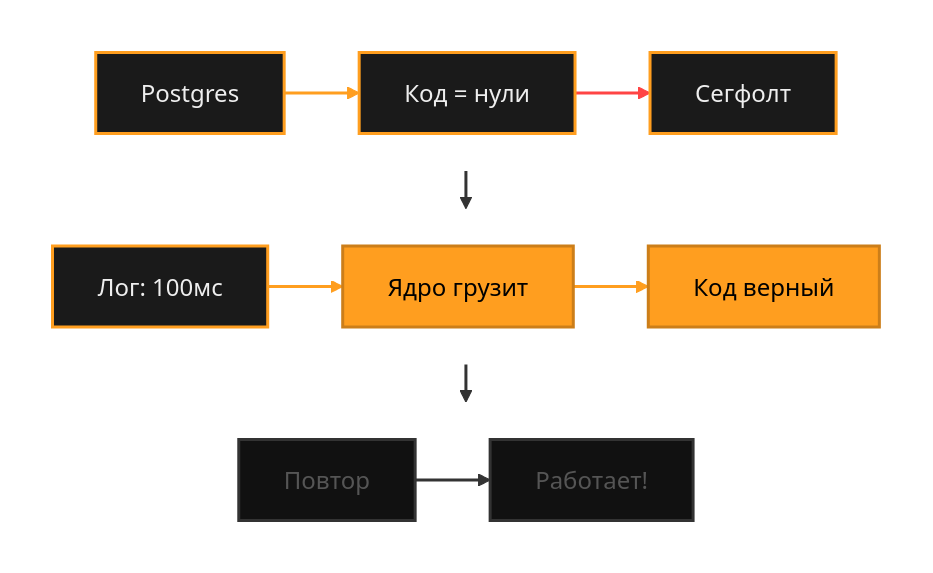
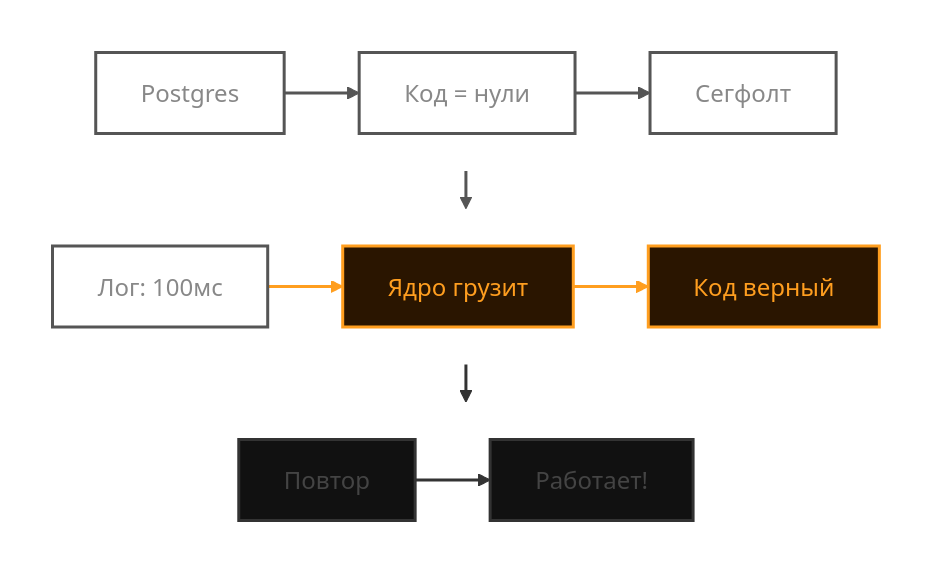
The diagram in docs/diagrams/resurrection-3.mmd (polarnik/postgresql-system-issue-story), drawn with Mermaid before and after one commit. The commit also changed 36 other files, not shown here.

```diff
--- a/docs/diagrams/resurrection-3.mmd
+++ b/docs/diagrams/resurrection-3.mmd
@@ -1,47 +1,47 @@
 %%{init: {'theme': 'base', 'themeVariables': { 'darkMode': true, 'background': '#000000', 'primaryColor': '#ff9e1f', 'primaryTextColor': '#fff', 'primaryBorderColor': '#cc7e19', 'secondaryColor': '#111111', 'secondaryTextColor': '#fff', 'tertiaryColor': '#111111', 'lineColor': '#ff9e1f', 'textColor': '#fff', 'mainBkg': '#111111', 'fontFamily': 'verdana'}, 'flowchart': { 'nodeSpacing': 30, 'rankSpacing': 25 }}}%%
 
 flowchart TB
-    classDef done fill:#1a1a1a,stroke:#ff9e1f,color:#eee,stroke-width:2px
-    classDef active fill:#ff9e1f,stroke:#cc7e19,color:#000,stroke-width:2px
-    classDef pending fill:#111111,stroke:#333,color:#555,stroke-width:2px
-    classDef error fill:#3a1010,stroke:#ff4444,color:#eee,stroke-width:2px
-    classDef success fill:#103a10,stroke:#44ff88,color:#eee,stroke-width:2px
+    classDef done fill:transparent,stroke:#555,color:#888,stroke-width:2px
+    classDef active fill:#2a1500,stroke:#ff9e1f,color:#ff9e1f,stroke-width:2px
+    classDef pending fill:#111,stroke:#333,color:#444,stroke-width:2px
+    classDef error fill:#3a1010,stroke:#ff4444,color:#ff4444,stroke-width:2px
+    classDef success fill:#103a10,stroke:#44ff88,color:#44ff88,stroke-width:2px
 
     subgraph S1 [" "]
         direction LR
         A["Postgres"] --> B["Код = нули"] --> C["Сегфолт"]
     end
 
     subgraph S2 [" "]
         direction LR
         D["Лог: 100мс"] --> E["Ядро грузит"] --> F["Код верный"]
     end
 
     subgraph S3 [" "]
         direction LR
         G["Повтор"] --> H["Работает!"]
     end
 
     S1 --> S2
     S2 --> S3
 
     style S1 fill:transparent,stroke:transparent
     style S2 fill:transparent,stroke:transparent
     style S3 fill:transparent,stroke:transparent
 
     A:::done
     B:::done
     C:::done
     D:::done
     E:::active
     F:::active
     G:::pending
     H:::pending
 
-    linkStyle 0 stroke:#ff9e1f,stroke-width:2px
-    linkStyle 1 stroke:#ff4444,stroke-width:2px
+    linkStyle 0 stroke:#555,stroke-width:2px
+    linkStyle 1 stroke:#555,stroke-width:2px
     linkStyle 2 stroke:#ff9e1f,stroke-width:2px
     linkStyle 3 stroke:#ff9e1f,stroke-width:2px
     linkStyle 4 stroke:#333,stroke-width:2px
-    linkStyle 5 stroke:#333,stroke-width:2px
+    linkStyle 5 stroke:#555,stroke-width:2px
     linkStyle 6 stroke:#333,stroke-width:2px
```
